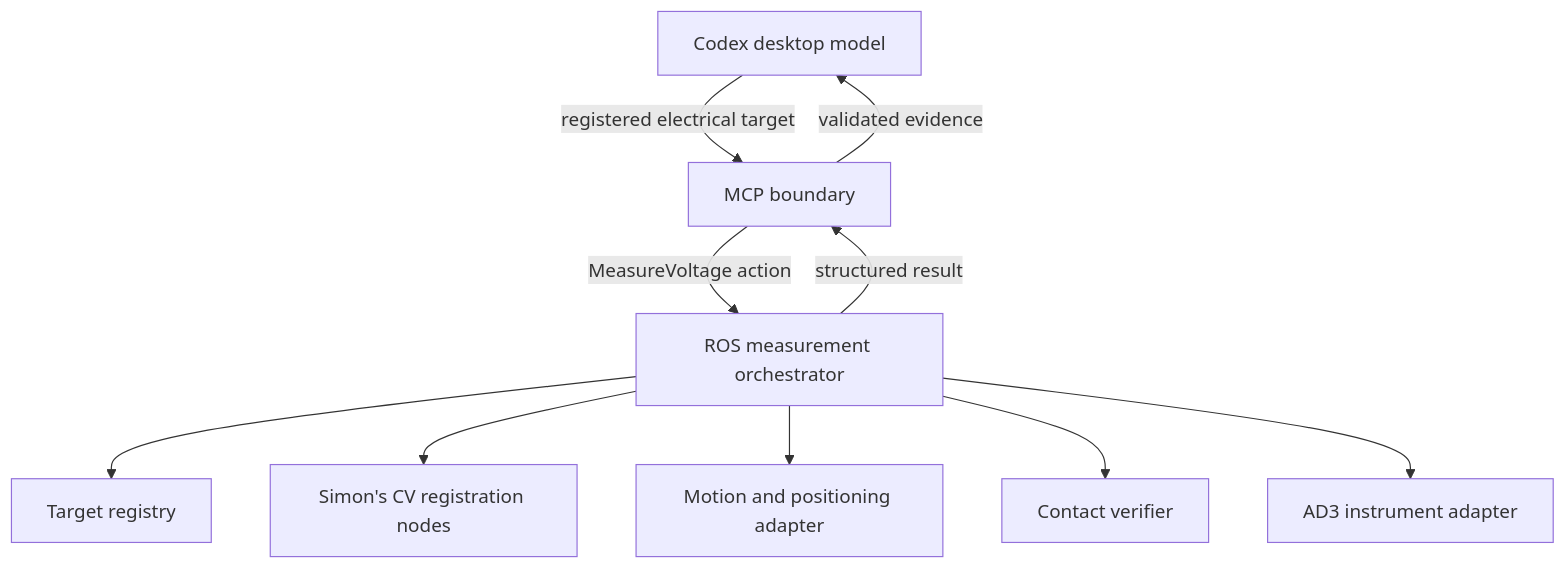
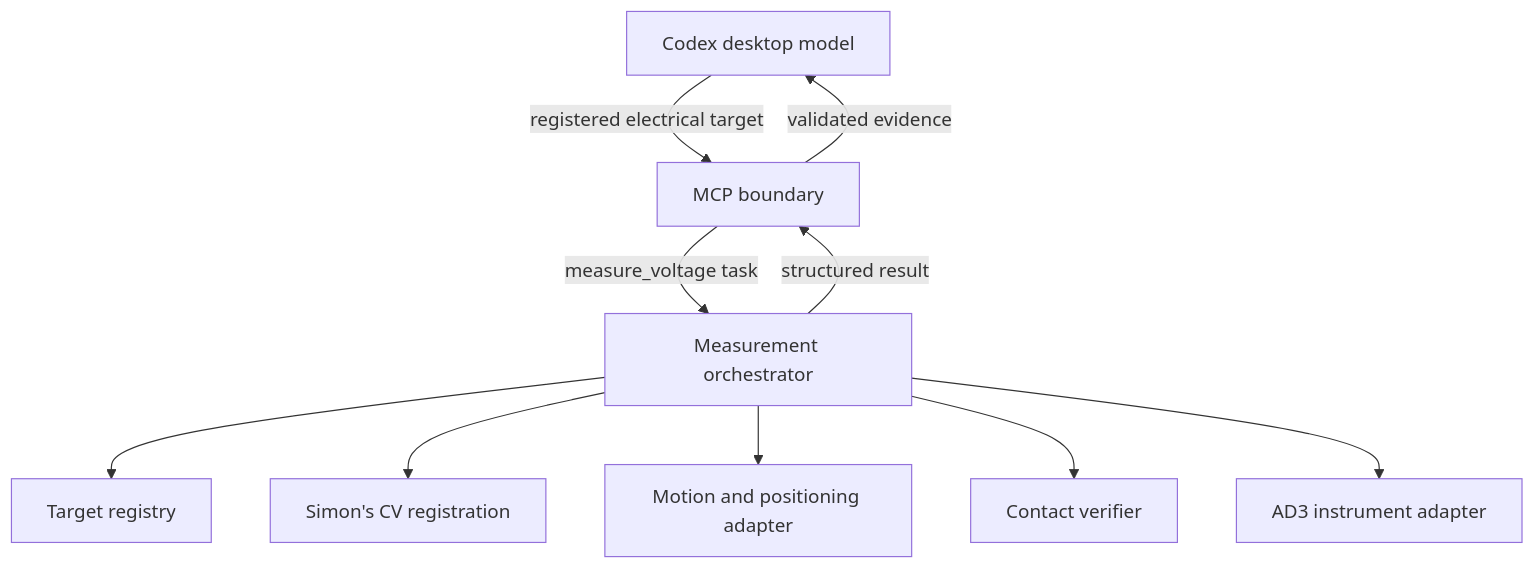
The diagram in ARCHITECTURE.md (mutms7/hardware-troubleshooter), drawn with Mermaid before and after one commit. The commit also changed other lines of this file and 4 other files, not shown here.

````diff
--- a/ARCHITECTURE.md
+++ b/ARCHITECTURE.md
@@ -7,12 +7,12 @@
 ```mermaid
 flowchart TD
     H[Codex desktop model] -->|registered electrical target| M[MCP boundary]
-    M -->|MeasureVoltage action| O[ROS measurement orchestrator]
+    M -->|measure_voltage task| O[Measurement orchestrator]
     O --> R[Target registry]
-    O --> C[Simon's CV registration nodes]
+    O --> C[Simon's CV registration]
     O --> A[Motion and positioning adapter]
     O --> V[Contact verifier]
     O --> I[AD3 instrument adapter]
     O -->|structured result| M
     M -->|validated evidence| H
 ```
````
